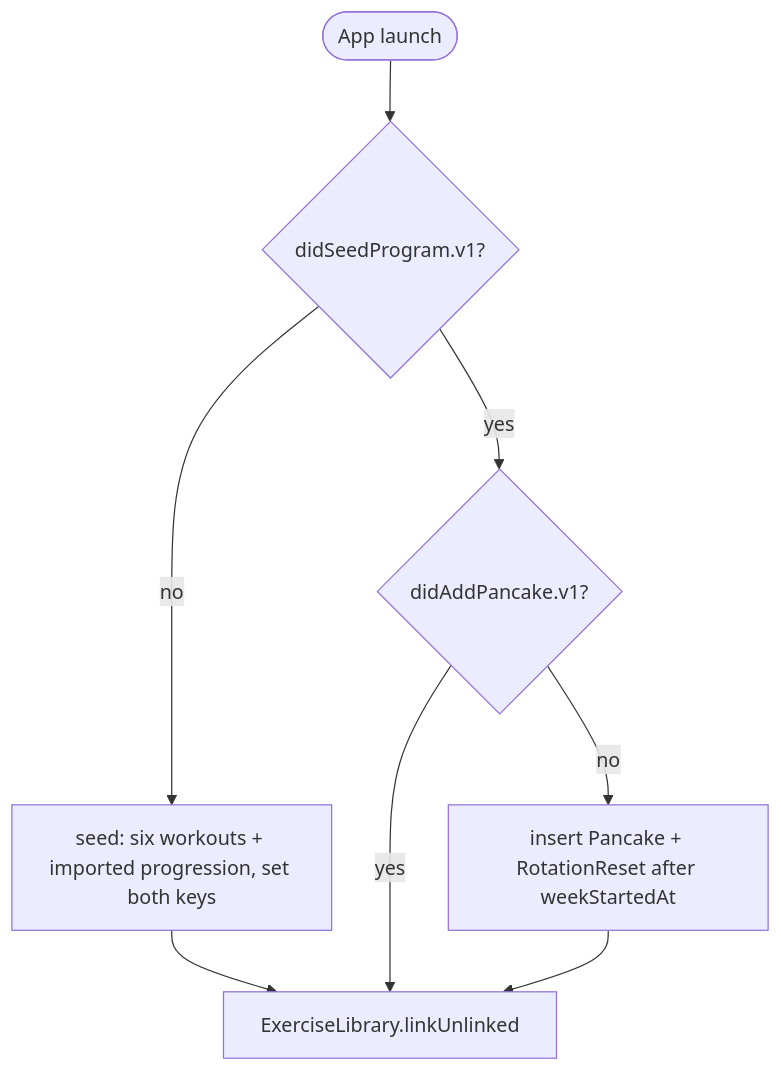
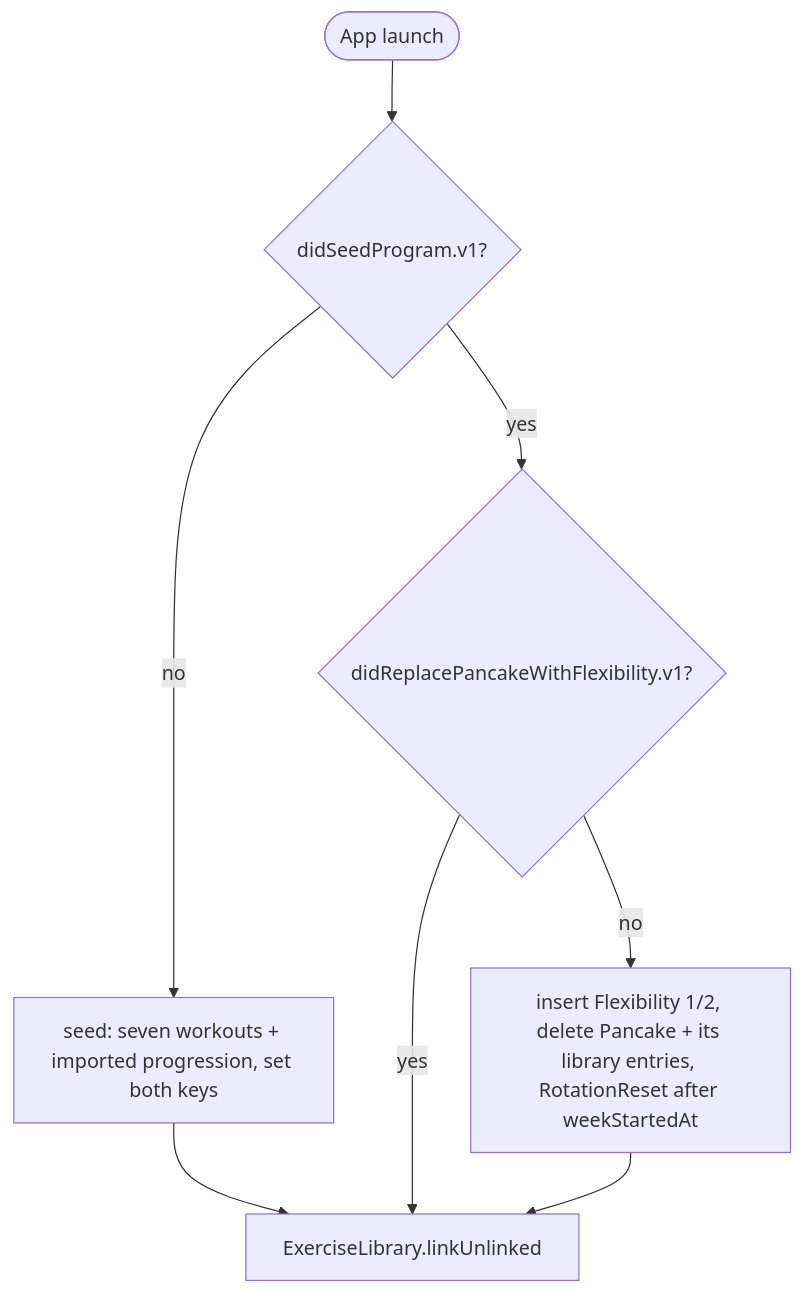
One commit to tzehon/workout-tracker changed the fifth of 5 diagrams in docs/architecture.md. Above: the diagram before and after it, drawn with Mermaid. The commit also changed other lines of this file and 3 other files, not shown here.

Commit message:
docs: Flexibility 1/2 replace Pancake

````diff
--- a/docs/architecture.md
+++ b/docs/architecture.md
@@ -224,10 +224,10 @@
 ```mermaid
 flowchart TD
     Launch([App launch]) --> Seeded{didSeedProgram.v1?}
-    Seeded -- no --> Seed[seed: six workouts + imported progression, set both keys]
-    Seeded -- yes --> Pancake{didAddPancake.v1?}
+    Seeded -- no --> Seed[seed: seven workouts + imported progression, set both keys]
+    Seeded -- yes --> Flex{didReplacePancakeWithFlexibility.v1?}
     Seed --> Link
-    Pancake -- no --> Add[insert Pancake + RotationReset after weekStartedAt]
-    Pancake -- yes --> Link
-    Add --> Link[ExerciseLibrary.linkUnlinked]
+    Flex -- no --> Replace[insert Flexibility 1/2, delete Pancake + its library entries, RotationReset after weekStartedAt]
+    Flex -- yes --> Link
+    Replace --> Link[ExerciseLibrary.linkUnlinked]
 ```
````
